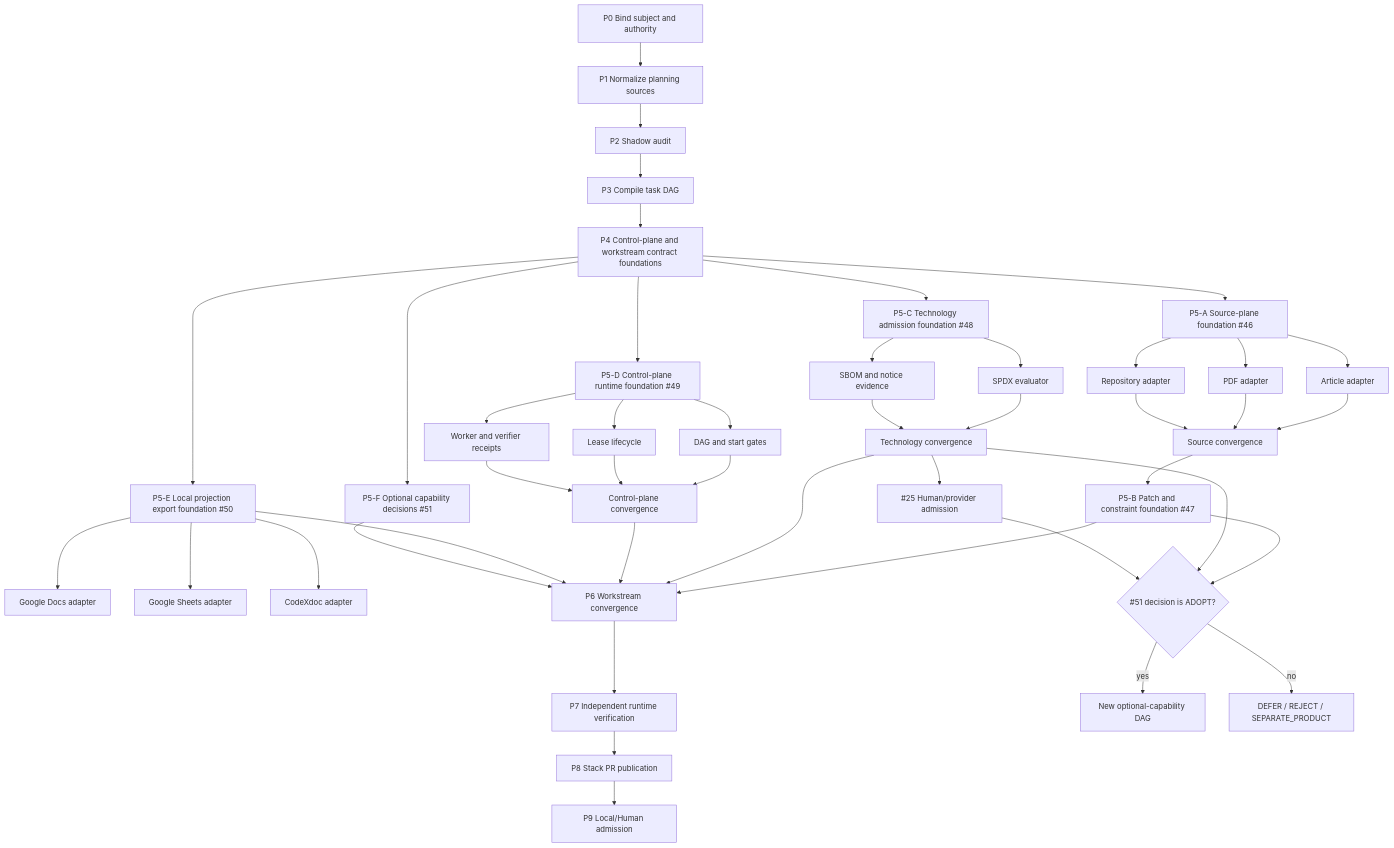
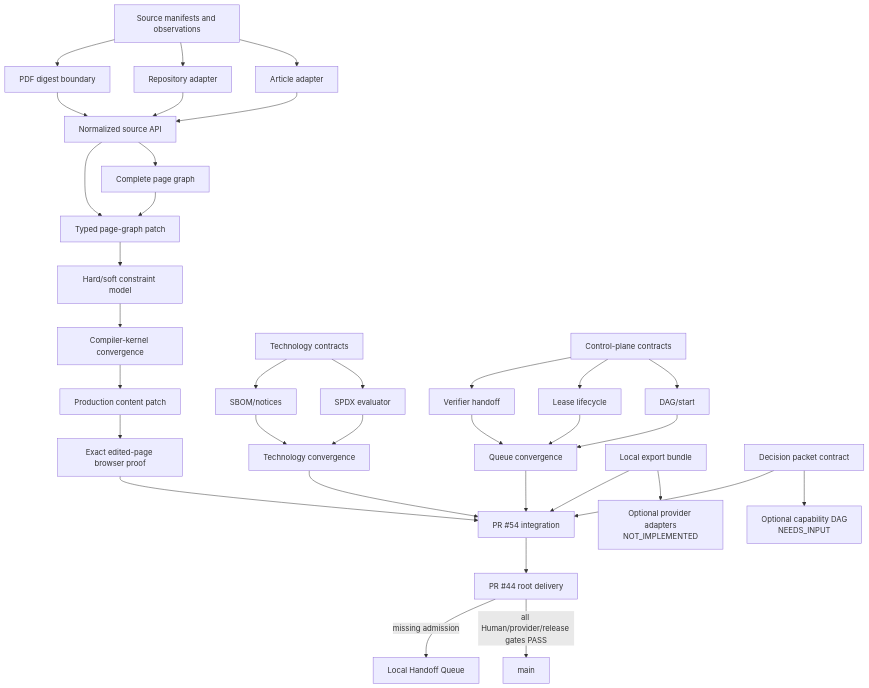
Before and after one commit to ed3c/website-design-compiler: the second of 2 diagrams in README.md, drawn with Mermaid. The commit also changed other lines of this file, not shown here.

Commit message:
docs(readme): publish integrated architecture and Stack PR topology

````diff
--- a/README.md
+++ b/README.md
@@ -134,54 +218,41 @@
 ```mermaid
 flowchart TD
-    P0[P0 Bind subject and authority] --> P1[P1 Normalize planning sources]
-    P1 --> P2[P2 Shadow audit]
-    P2 --> P3[P3 Compile task DAG]
-    P3 --> P4[P4 Control-plane and workstream contract foundations]
+    SM[Source manifests and observations] --> AC[Article adapter]
+    SM --> RC[Repository adapter]
+    SM --> PB[PDF digest boundary]
+    AC --> SC[Normalized source API]
+    RC --> SC
+    PB --> SC
 
-    P4 --> S1[P5-A Source-plane foundation #46]
-    P4 --> T1[P5-C Technology admission foundation #48]
-    P4 --> C1[P5-D Control-plane runtime foundation #49]
-    P4 --> X1[P5-E Local projection export foundation #50]
-    P4 --> D1[P5-F Optional capability decisions #51]
+    SC --> PG[Complete page graph]
+    PG --> PP[Typed page-graph patch]
+    SC --> PP
+    PP --> CM[Hard/soft constraint model]
+    CM --> CK[Compiler-kernel convergence]
+    CK --> PC[Production content patch]
+    PC --> BP[Exact edited-page browser proof]
 
-    S1 --> SA[Article adapter]
-    S1 --> SP[PDF adapter]
-    S1 --> SR[Repository adapter]
-    SA --> SC[Source convergence]
-    SP --> SC
-    SR --> SC
-    SC --> K1[P5-B Patch and constraint foundation #47]
+    TA[Technology contracts] --> SPDX[SPDX evaluator]
+    TA --> SBOM[SBOM/notices]
+    SPDX --> TC[Technology convergence]
+    SBOM --> TC
 
-    T1 --> TS[SPDX evaluator]
-    T1 --> TB[SBOM and notice evidence]
-    TS --> TC[Technology convergence]
-    TB --> TC
+    CP[Control-plane contracts] --> DAG[DAG/start]
+    CP --> LEASE[Lease lifecycle]
+    CP --> HANDOFF[Verifier handoff]
+    DAG --> CC[Queue convergence]
+    LEASE --> CC
+    HANDOFF --> CC
 
-    C1 --> CD[DAG and start gates]
-    C1 --> CL[Lease lifecycle]
-    C1 --> CV[Worker and verifier receipts]
-    CD --> CC[Control-plane convergence]
-    CL --> CC
-    CV --> CC
+    EXPORT[Local export bundle] --> DOCS[Optional provider adapters\nNOT_IMPLEMENTED]
+    DECIDE[Decision packet contract] --> OPT[Optional capability DAG\nNEEDS_INPUT]
 
-    X1 --> XD[Google Docs adapter]
-    X1 --> XS[Google Sheets adapter]
-    X1 --> XC[CodeXdoc adapter]
-
-    K1 --> P6[P6 Workstream convergence]
-    TC --> P6
-    CC --> P6
-    X1 --> P6
-    D1 --> P6
-
-    P6 --> P7[P7 Independent runtime verification]
-    P7 --> P8[P8 Stack PR publication]
-    P8 --> P9[P9 Local/Human admission]
-
-    TC --> H25[#25 Human/provider admission]
-    K1 --> OA{#51 decision is ADOPT?}
-    TC --> OA
-    H25 --> OA
-    OA -->|yes| OPT[New optional-capability DAG]
-    OA -->|no| STOP[DEFER / REJECT / SEPARATE_PRODUCT]
+    BP --> P54[PR #54 integration]
+    TC --> P54
+    CC --> P54
+    EXPORT --> P54
+    DECIDE --> P54
+    P54 --> P44[PR #44 root delivery]
+    P44 -->|all Human/provider/release gates PASS| MAIN[main]
+    P44 -->|missing admission| LHQ[Local Handoff Queue]
 ```
````
